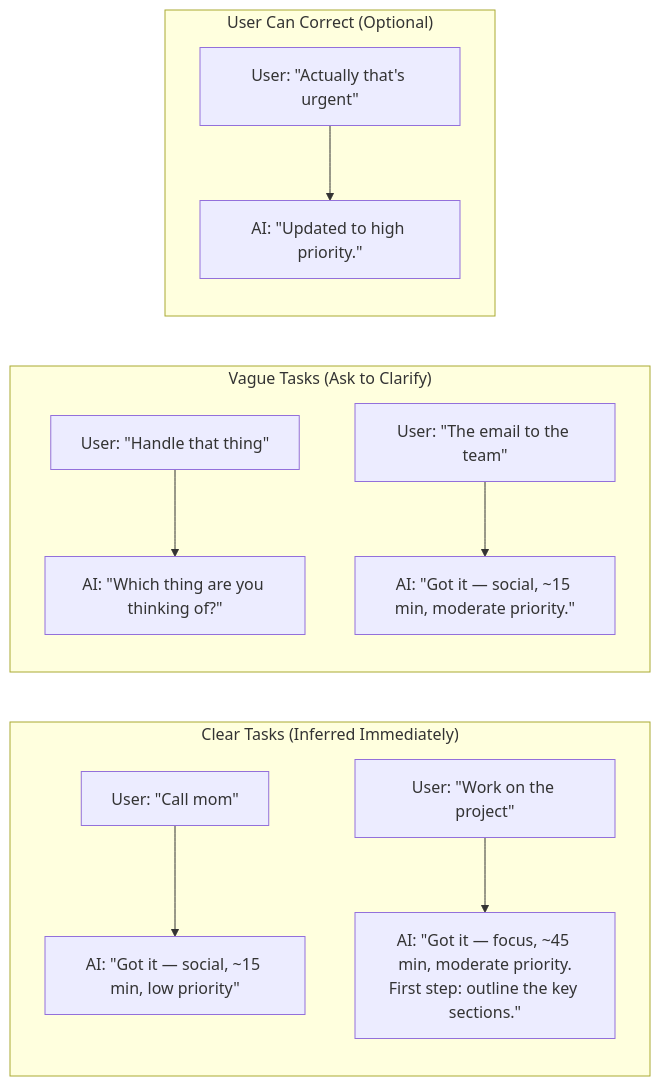
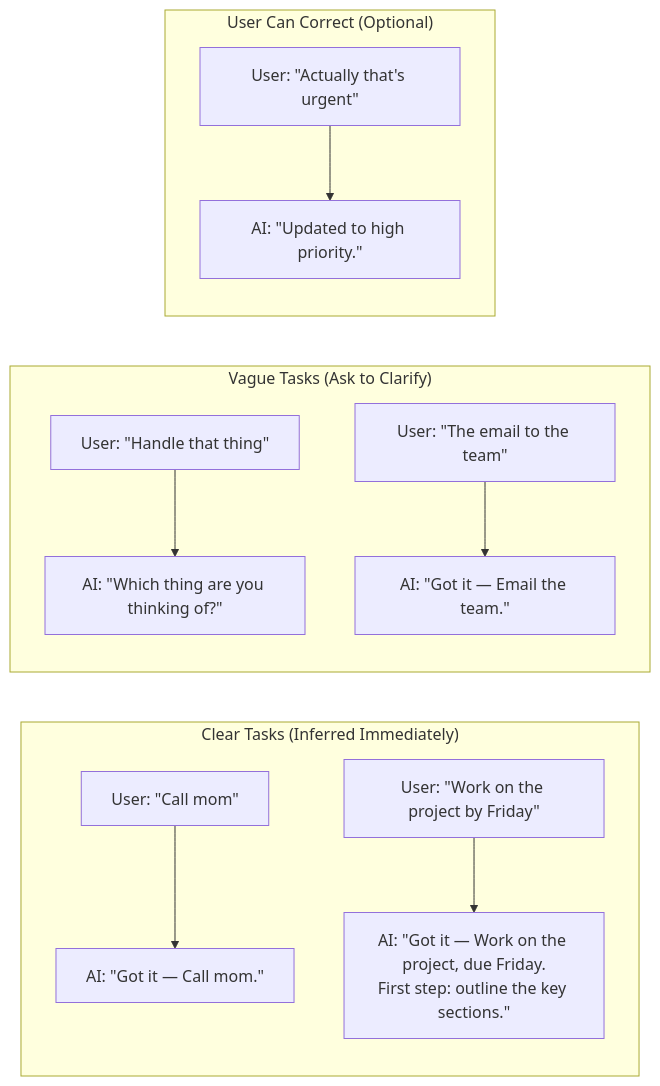
One commit to NickBorgersProbably/hide-my-list changed the fourth of 28 diagrams in docs/user-interactions.md. Above: the diagram before and after it, drawn with Mermaid. The commit also changed other lines of this file and 63 other files, not shown here.

First line of the commit message:
Classifier examples, intake already-done handoff, one-sentence confirmations, unlisted-report flow, node context (#677)

````diff
--- a/docs/user-interactions.md
+++ b/docs/user-interactions.md
@@ -107,16 +130,16 @@
 ```mermaid
 flowchart LR
     subgraph Always["Clear Tasks (Inferred Immediately)"]
-        Q1["User: #quot;Call mom#quot;"] --> Q2["AI: #quot;Got it — social, ~15 min, low priority#quot;"]
-        Q3["User: #quot;Work on the project#quot;"] --> Q4["AI: #quot;Got it — focus, ~45 min, moderate priority.<br/>First step: outline the key sections.#quot;"]
+        Q1["User: #quot;Call mom#quot;"] --> Q2["AI: #quot;Got it — Call mom.#quot;"]
+        Q3["User: #quot;Work on the project by Friday#quot;"] --> Q4["AI: #quot;Got it — Work on the project, due Friday.<br/>First step: outline the key sections.#quot;"]
     end
 
     subgraph Clarify["Vague Tasks (Ask to Clarify)"]
         V1["User: #quot;Handle that thing#quot;"] --> V2["AI: #quot;Which thing are you thinking of?#quot;"]
-        V3["User: #quot;The email to the team#quot;"] --> V4["AI: #quot;Got it — social, ~15 min, moderate priority.#quot;"]
+        V3["User: #quot;The email to the team#quot;"] --> V4["AI: #quot;Got it — Email the team.#quot;"]
     end
 
     subgraph Correction["User Can Correct (Optional)"]
         C1["User: #quot;Actually that's urgent#quot;"] --> C2["AI: #quot;Updated to high priority.#quot;"]
     end
 ```
````
